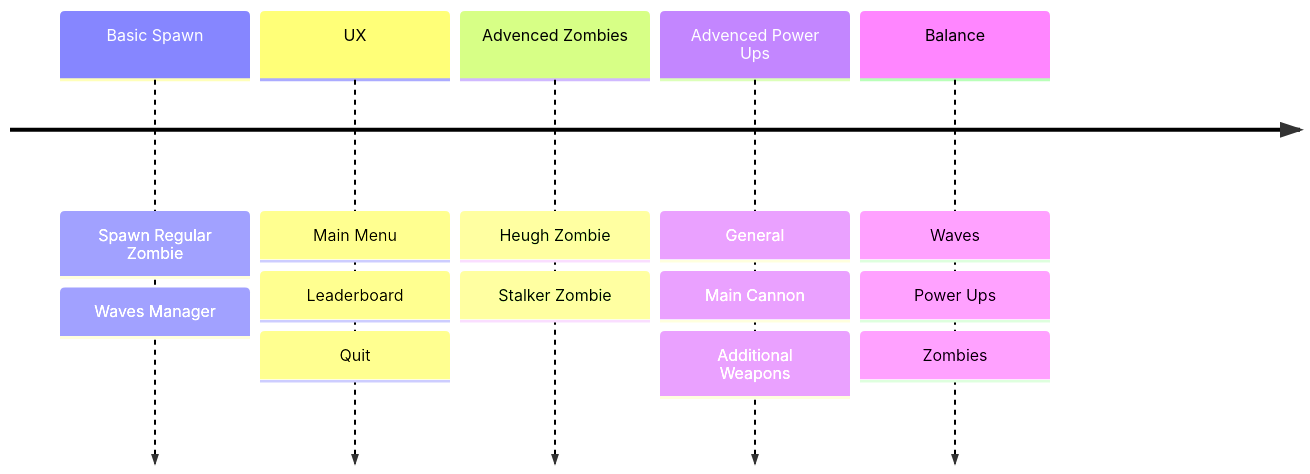
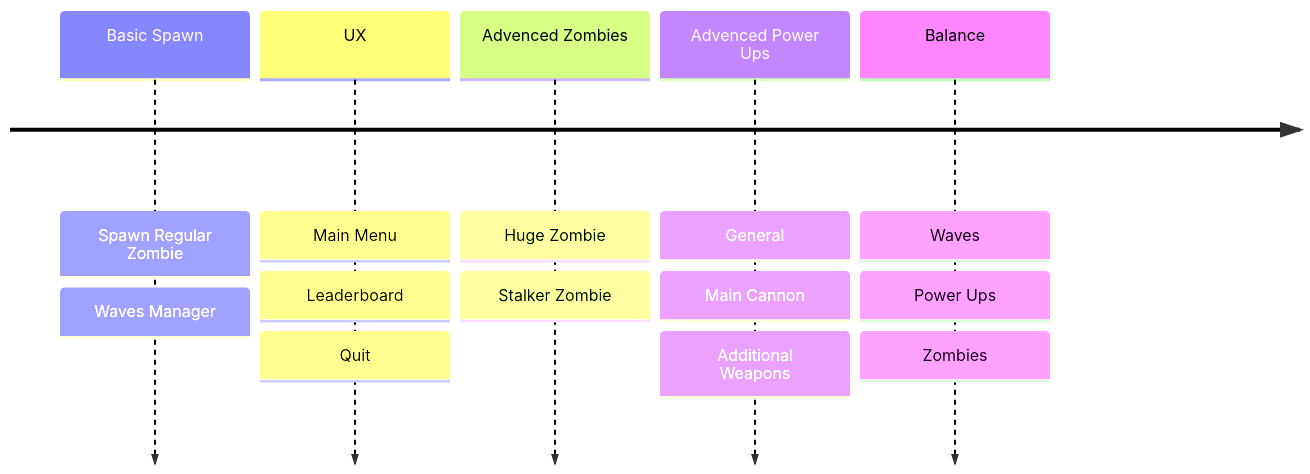
The third of 3 diagrams in MyPlan.md (fistachio-2k/tank-vs-zombies-auto-shooter), drawn with Mermaid before and after one commit. The commit also changed other lines of this file and 4 other files, not shown here.

````diff
--- a/MyPlan.md
+++ b/MyPlan.md
@@ -102,8 +102,8 @@
 ```mermaid
 timeline
 Basic Spawn: Spawn Regular Zombie : Waves Manager
 UX: Main Menu : Leaderboard : Quit
-Advenced Zombies: Heugh Zombie : Stalker Zombie
+Advenced Zombies: Huge Zombie : Stalker Zombie
 Advenced Power Ups: General : Main Cannon : Additional Weapons
 Balance : Waves : Power Ups : Zombies
 ```
````
